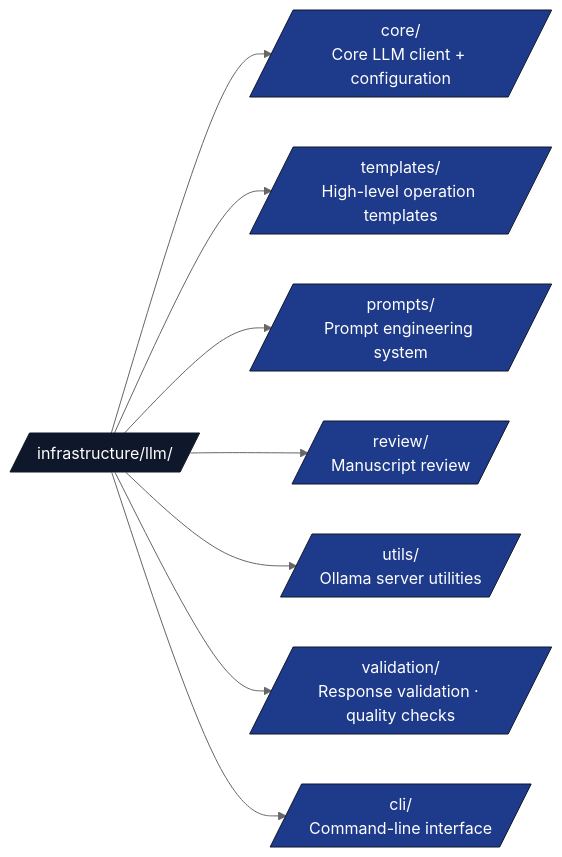
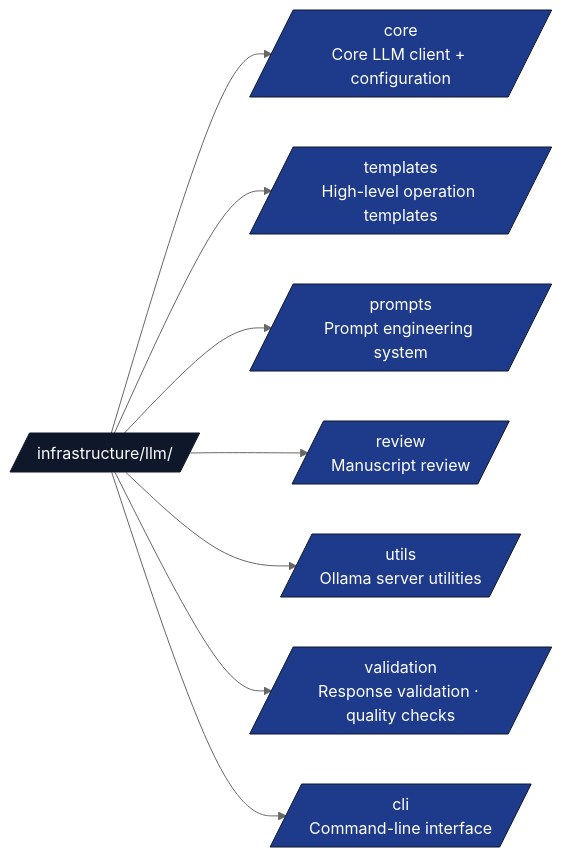
The second of 2 diagrams in infrastructure/llm/README.md (docxology/template), drawn with Mermaid (neutral theme) before and after one commit. The commit also changed other lines of this file and 164 other files, not shown here.

````diff
--- a/infrastructure/llm/README.md
+++ b/infrastructure/llm/README.md
@@ -81,16 +81,16 @@
 ```mermaid
 flowchart LR
     LLM[/infrastructure/llm//]
-    LLM --> CORE[/core/<br/>Core LLM client + configuration/]
-    LLM --> TPL[/templates/<br/>High-level operation templates/]
-    LLM --> PR[/prompts/<br/>Prompt engineering system/]
-    LLM --> RV[/review/<br/>Manuscript review/]
-    LLM --> UT[/utils/<br/>Ollama server utilities/]
-    LLM --> VAL[/validation/<br/>Response validation · quality checks/]
-    LLM --> CLI[/cli/<br/>Command-line interface/]
+    LLM --> CORE[/core<br/>Core LLM client + configuration/]
+    LLM --> TPL[/templates<br/>High-level operation templates/]
+    LLM --> PR[/prompts<br/>Prompt engineering system/]
+    LLM --> RV[/review<br/>Manuscript review/]
+    LLM --> UT[/utils<br/>Ollama server utilities/]
+    LLM --> VAL[/validation<br/>Response validation · quality checks/]
+    LLM --> CLI[/cli<br/>Command-line interface/]
 
     classDef d fill:#0f172a,stroke:#0f172a,color:#fff
     classDef pkg fill:#1e3a8a,stroke:#0f172a,color:#fff
     class LLM d
     class CORE,TPL,PR,RV,UT,VAL,CLI pkg
 ```
````
